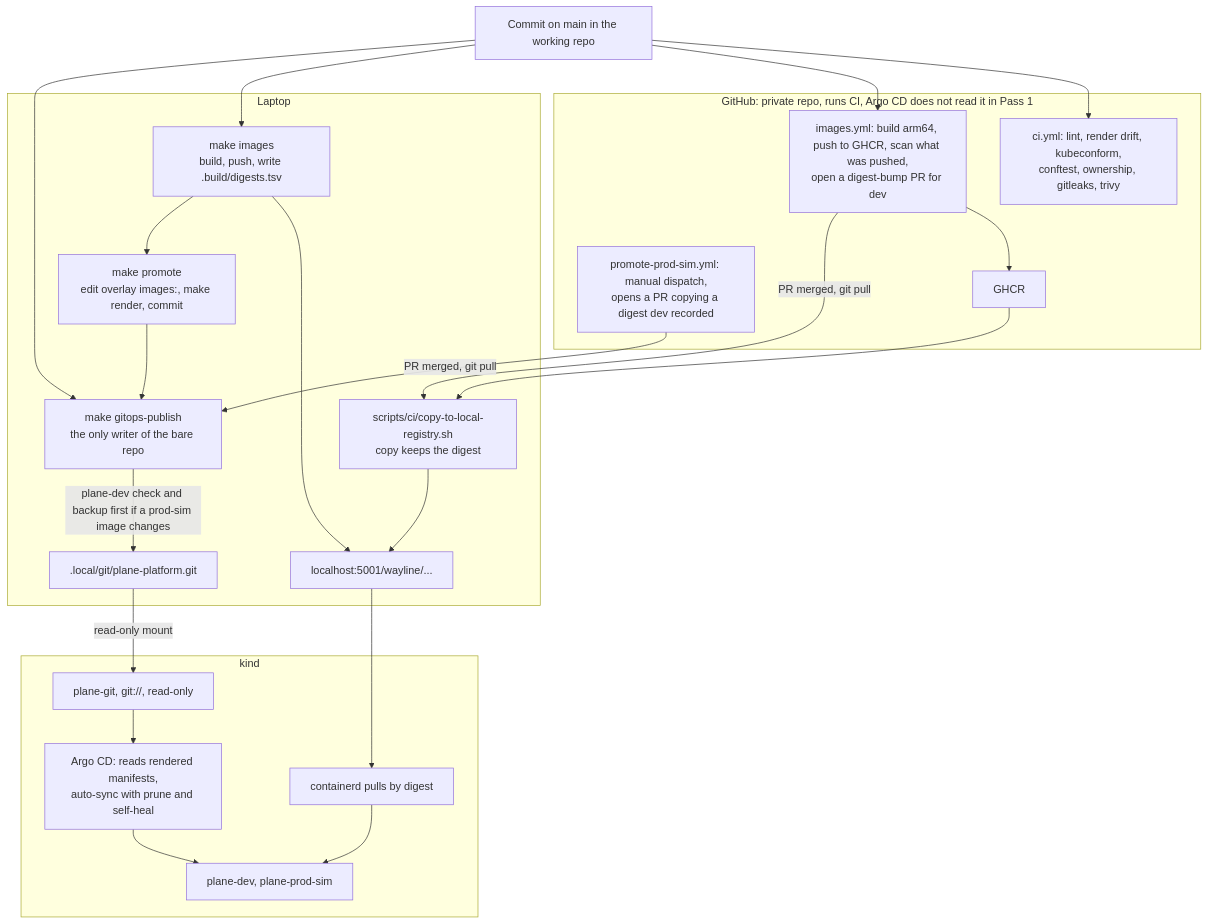
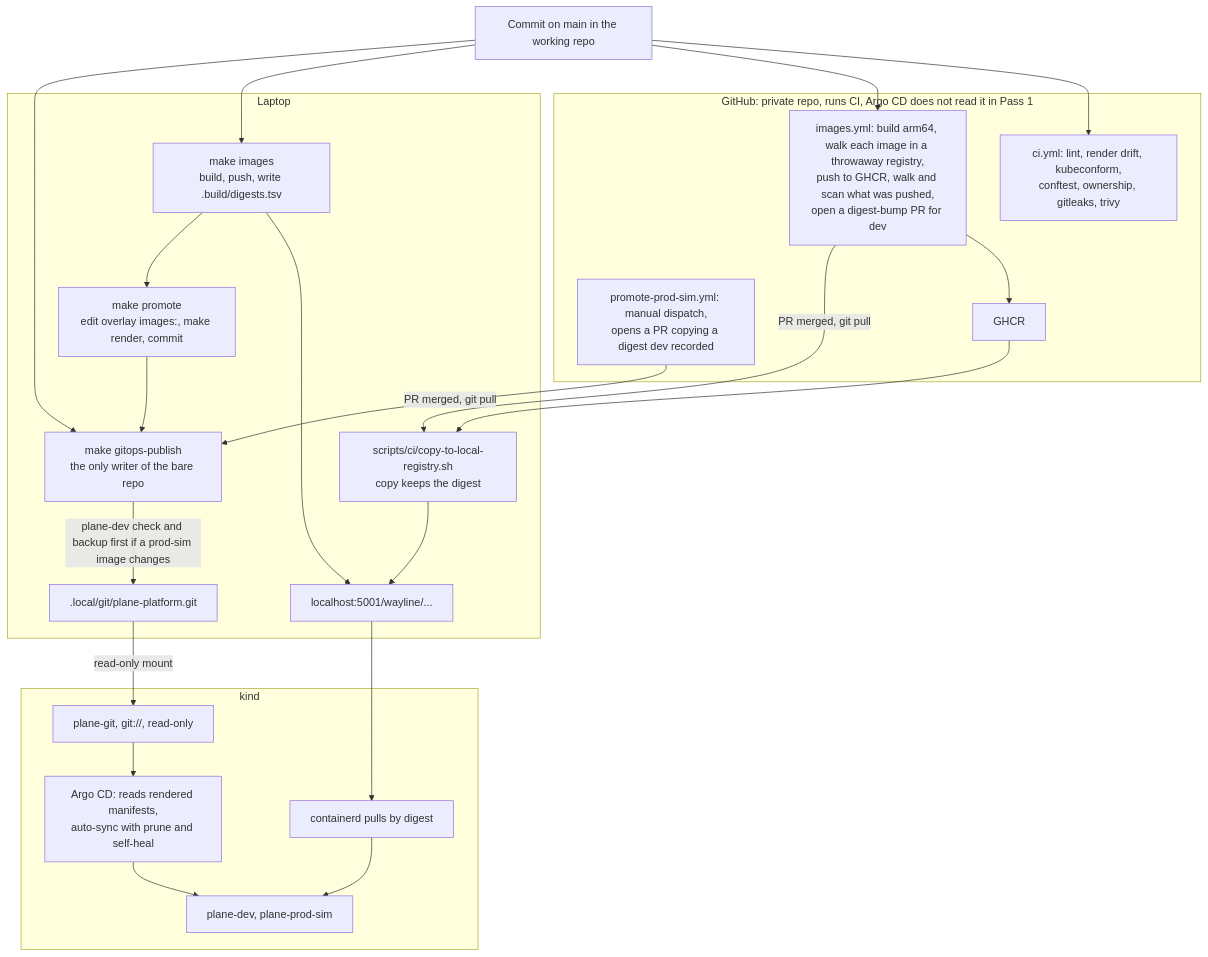
The fifth of 6 diagrams in docs/architecture.md (BereketAbera/plane-platform), drawn with Mermaid before and after one commit. The commit also changed other lines of this file, not shown here.

Commit message:
docs(architecture): state the final images, the whole matrix run, the alert test, the rollback and both failed-sync drills

````diff
--- a/docs/architecture.md
+++ b/docs/architecture.md
@@ -288,46 +288,46 @@
 ```mermaid
 flowchart TB
   dev["Commit on main in the working repo"]
 
   subgraph github["GitHub: private repo, runs CI, Argo CD does not read it in Pass 1"]
     ci["ci.yml: lint, render drift, kubeconform,<br/>conftest, ownership, gitleaks, trivy"]
-    images["images.yml: build arm64, push to GHCR, scan what was pushed,<br/>open a digest-bump PR for dev"]
+    images["images.yml: build arm64, walk each image in a throwaway registry,<br/>push to GHCR, walk and scan what was pushed,<br/>open a digest-bump PR for dev"]
     promo["promote-prod-sim.yml: manual dispatch,<br/>opens a PR copying a digest dev recorded"]
     ghcr["GHCR"]
   end
 
   subgraph laptop["Laptop"]
     mkimages["make images<br/>build, push, write .build/digests.tsv"]
     copy["scripts/ci/copy-to-local-registry.sh<br/>copy keeps the digest"]
     registry["localhost:5001/wayline/..."]
     promote["make promote<br/>edit overlay images:, make render, commit"]
     publish["make gitops-publish<br/>the only writer of the bare repo"]
     bare[".local/git/plane-platform.git"]
   end
 
   subgraph cluster["kind"]
     git["plane-git, git://, read-only"]
     argo["Argo CD: reads rendered manifests,<br/>auto-sync with prune and self-heal"]
     envs["plane-dev, plane-prod-sim"]
     mirror["containerd pulls by digest"]
   end
 
   dev --> ci
   dev --> images
   images --> ghcr
   images -->|"PR merged, git pull"| copy
   ghcr --> copy
   copy --> registry
   dev --> mkimages
   mkimages --> registry
   mkimages --> promote
   promo -->|"PR merged, git pull"| publish
   promote --> publish
   dev --> publish
   publish -->|"plane-dev check and backup first if a prod-sim image changes"| bare
   bare -->|"read-only mount"| git
   git --> argo
   argo --> envs
   registry --> mirror
   mirror --> envs
 ```
````
